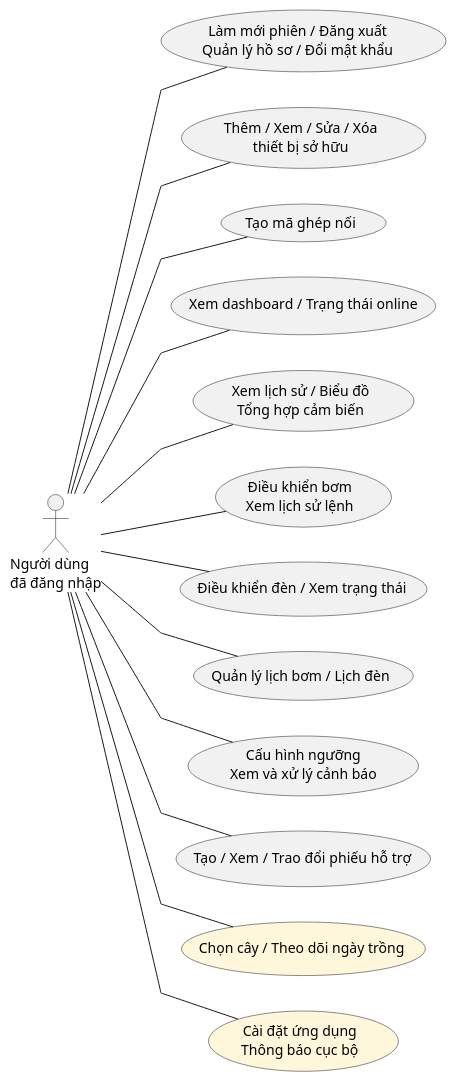
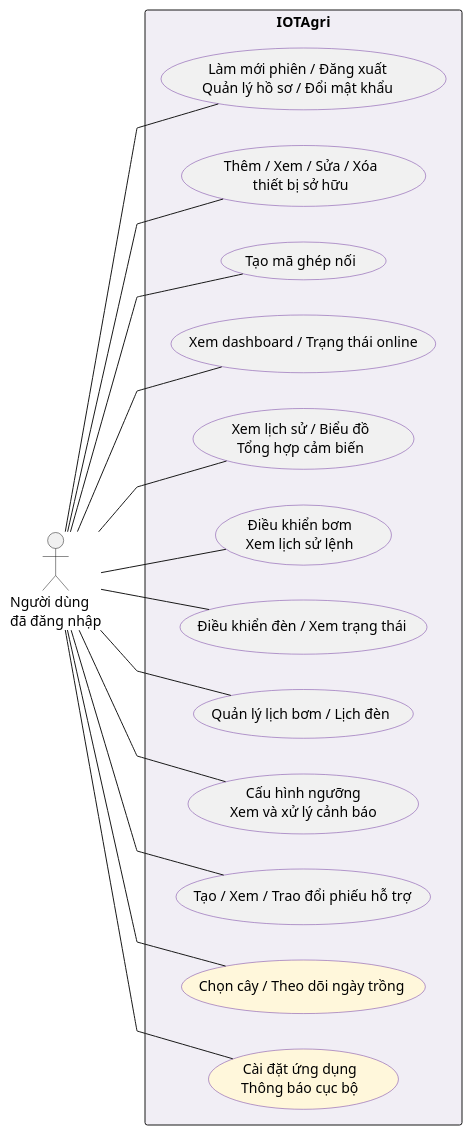
Before and after one commit to huuanh1411/IOTAgri: the second of 5 diagrams in docs/diagrams/use-case.puml, drawn with PlantUML. The commit also changed other lines of this file and 17 other files, not shown here.

Commit message:
docs: match UML reference with actors outside system boundary

```diff
--- a/docs/diagrams/use-case.puml
+++ b/docs/diagrams/use-case.puml
@@ -15,33 +19,37 @@
 @startuml use-case-user
 left to right direction
 skinparam actorStyle stickman
 skinparam shadowing false
 skinparam linetype polyline
-' Một sơ đồ cho mỗi actor; không dùng khung bao.
-' SVG do render-use-cases.py xuất có actor ở giữa, use case tỏa ra hai bên.
+skinparam usecaseBorderColor #7138A0
+skinparam rectangleBackgroundColor #F1EEF5
+' Actor ở ngoài khung hệ thống; các use case bố trí so le bên trong.
+' SVG do render-use-cases.py xuất giữ bố cục theo hình mẫu UML.
 actor "Người dùng\nđã đăng nhập" as User
-usecase "Làm mới phiên / Đăng xuất\nQuản lý hồ sơ / Đổi mật khẩu" as UserUC1
-usecase "Thêm / Xem / Sửa / Xóa\nthiết bị sở hữu" as UserUC2
-usecase "Tạo mã ghép nối" as UserUC3
-usecase "Xem dashboard / Trạng thái online" as UserUC4
-usecase "Xem lịch sử / Biểu đồ\nTổng hợp cảm biến" as UserUC5
-usecase "Điều khiển bơm\nXem lịch sử lệnh" as UserUC6
-usecase "Điều khiển đèn / Xem trạng thái" as UserUC7
-usecase "Quản lý lịch bơm / Lịch đèn" as UserUC8
-usecase "Cấu hình ngưỡng\nXem và xử lý cảnh báo" as UserUC9
-usecase "Tạo / Xem / Trao đổi phiếu hỗ trợ" as UserUC10
-usecase "Chọn cây / Theo dõi ngày trồng" as UserUC11 #FFF7DB
-usecase "Cài đặt ứng dụng\nThông báo cục bộ" as UserUC12 #FFF7DB
+rectangle "IOTAgri" {
+  usecase "Làm mới phiên / Đăng xuất\nQuản lý hồ sơ / Đổi mật khẩu" as UserUC1
+  usecase "Thêm / Xem / Sửa / Xóa\nthiết bị sở hữu" as UserUC2
+  usecase "Tạo mã ghép nối" as UserUC3
+  usecase "Xem dashboard / Trạng thái online" as UserUC4
+  usecase "Xem lịch sử / Biểu đồ\nTổng hợp cảm biến" as UserUC5
+  usecase "Điều khiển bơm\nXem lịch sử lệnh" as UserUC6
+  usecase "Điều khiển đèn / Xem trạng thái" as UserUC7
+  usecase "Quản lý lịch bơm / Lịch đèn" as UserUC8
+  usecase "Cấu hình ngưỡng\nXem và xử lý cảnh báo" as UserUC9
+  usecase "Tạo / Xem / Trao đổi phiếu hỗ trợ" as UserUC10
+  usecase "Chọn cây / Theo dõi ngày trồng" as UserUC11 #FFF7DB
+  usecase "Cài đặt ứng dụng\nThông báo cục bộ" as UserUC12 #FFF7DB
+}
 User -- UserUC1
 User -- UserUC2
 User -- UserUC3
 User -- UserUC4
 User -- UserUC5
 User -- UserUC6
 User -- UserUC7
 User -- UserUC8
 User -- UserUC9
 User -- UserUC10
 User -- UserUC11
 User -- UserUC12
 @enduml
```
